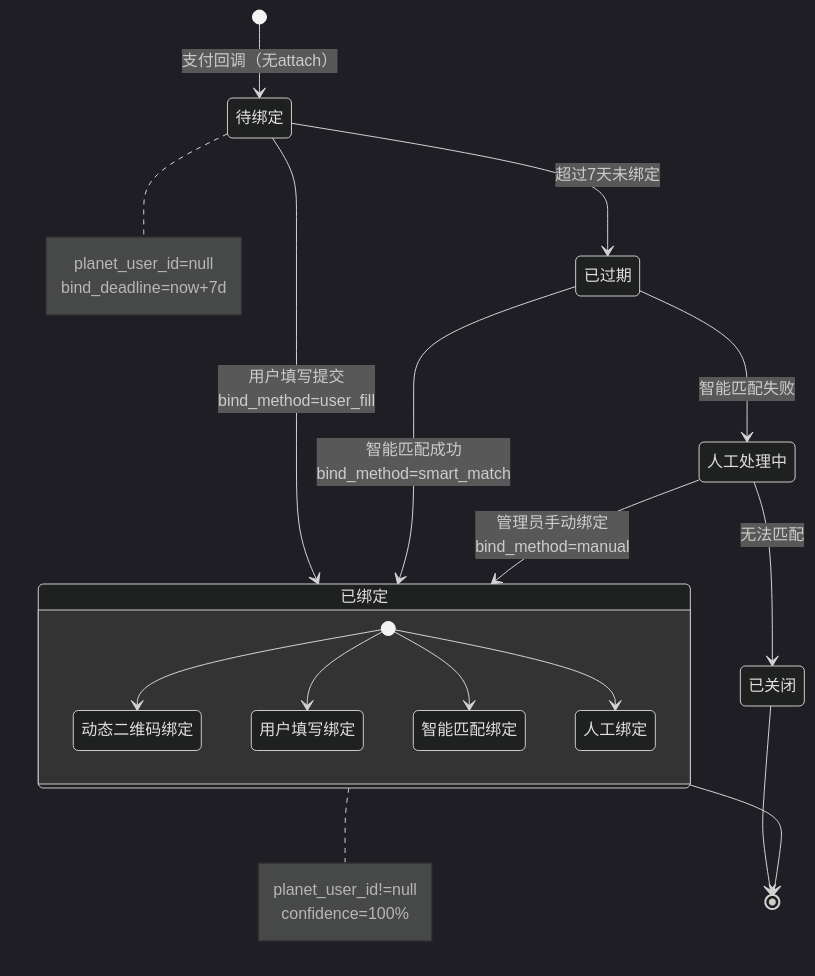
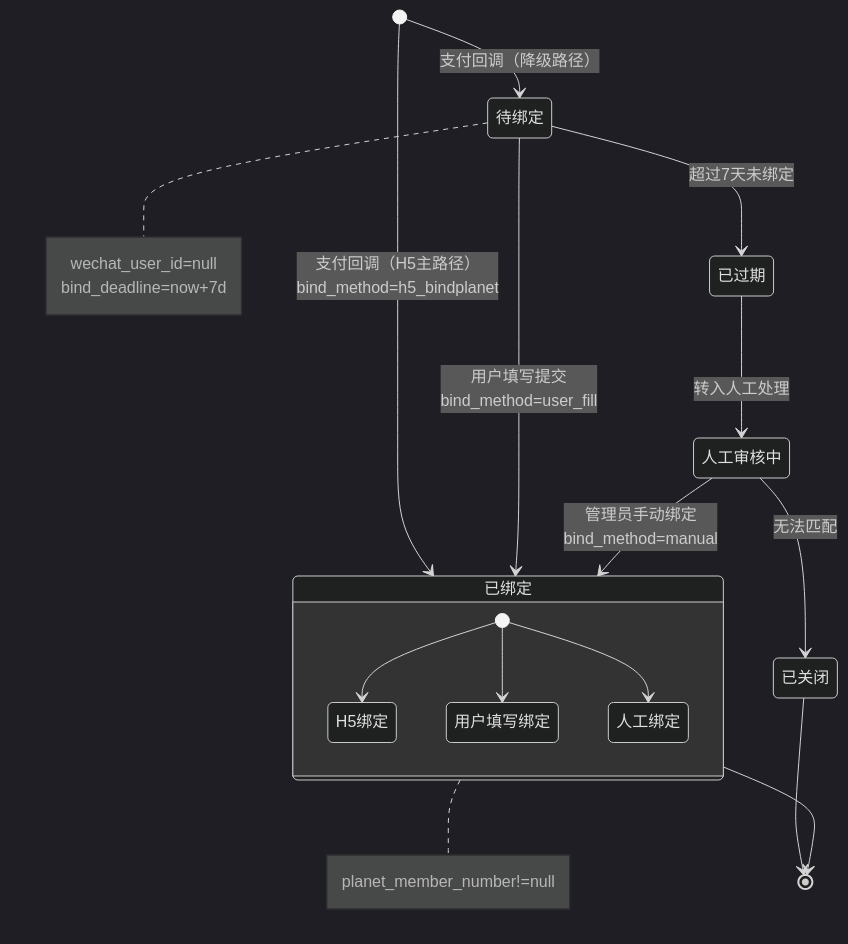
One commit to yiancode/AutoDepositRefundAgent changed diagram 32 of 58 in docs/v1/技术方案.md. Above: the diagram before and after it, drawn with Mermaid (dark theme). The commit also changed other lines of this file and 9 other files, not shown here.

````diff
--- a/docs/v1/技术方案.md
+++ b/docs/v1/技术方案.md
@@ -1379,27 +1468,26 @@
 ```mermaid
 stateDiagram-v2
-    [*] --> 待绑定: 支付回调（无attach）
+    [*] --> 已绑定: 支付回调（H5主路径）<br/>bind_method=h5_bindplanet
+    [*] --> 待绑定: 支付回调（降级路径）
 
     state 已绑定 {
-        [*] --> 动态二维码绑定
+        [*] --> H5绑定
         [*] --> 用户填写绑定
-        [*] --> 智能匹配绑定
         [*] --> 人工绑定
     }
 
     待绑定 --> 已绑定: 用户填写提交<br/>bind_method=user_fill
     待绑定 --> 已过期: 超过7天未绑定
 
-    已过期 --> 已绑定: 智能匹配成功<br/>bind_method=smart_match
-    已过期 --> 人工处理中: 智能匹配失败
+    已过期 --> 人工审核中: 转入人工处理
 
-    人工处理中 --> 已绑定: 管理员手动绑定<br/>bind_method=manual
-    人工处理中 --> 已关闭: 无法匹配
+    人工审核中 --> 已绑定: 管理员手动绑定<br/>bind_method=manual
+    人工审核中 --> 已关闭: 无法匹配
 
-    note right of 待绑定: planet_user_id=null<br/>bind_deadline=now+7d
+    note right of 待绑定: wechat_user_id=null<br/>bind_deadline=now+7d
 
-    note right of 已绑定: planet_user_id!=null<br/>confidence=100%
+    note right of 已绑定: planet_member_number!=null
 
     已绑定 --> [*]
     已关闭 --> [*]
 ```
````
